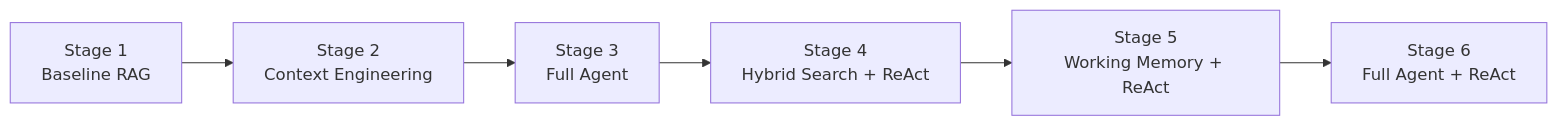
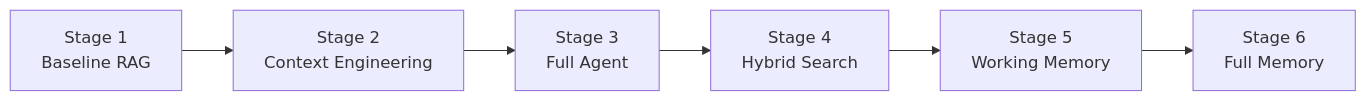
Before and after one commit to redis-developer/context-eng-matters: the diagram in README.md, drawn with Mermaid. The commit also changed other lines of this file and 47 other files, not shown here.

First line of the commit message:
refactor: rename stage5/6 to better reflect memory capabilities

````diff
--- a/README.md
+++ b/README.md
@@ -177,8 +177,8 @@
 ```mermaid
 graph LR
     S1[Stage 1<br/>Baseline RAG] --> S2[Stage 2<br/>Context Engineering]
     S2 --> S3[Stage 3<br/>Full Agent]
-    S3 --> S4[Stage 4<br/>Hybrid Search + ReAct]
-    S4 --> S5[Stage 5<br/>Working Memory + ReAct]
-    S5 --> S6[Stage 6<br/>Full Agent + ReAct]
+    S3 --> S4[Stage 4<br/>Hybrid Search]
+    S4 --> S5[Stage 5<br/>Working Memory]
+    S5 --> S6[Stage 6<br/>Full Memory]
 ```
````
